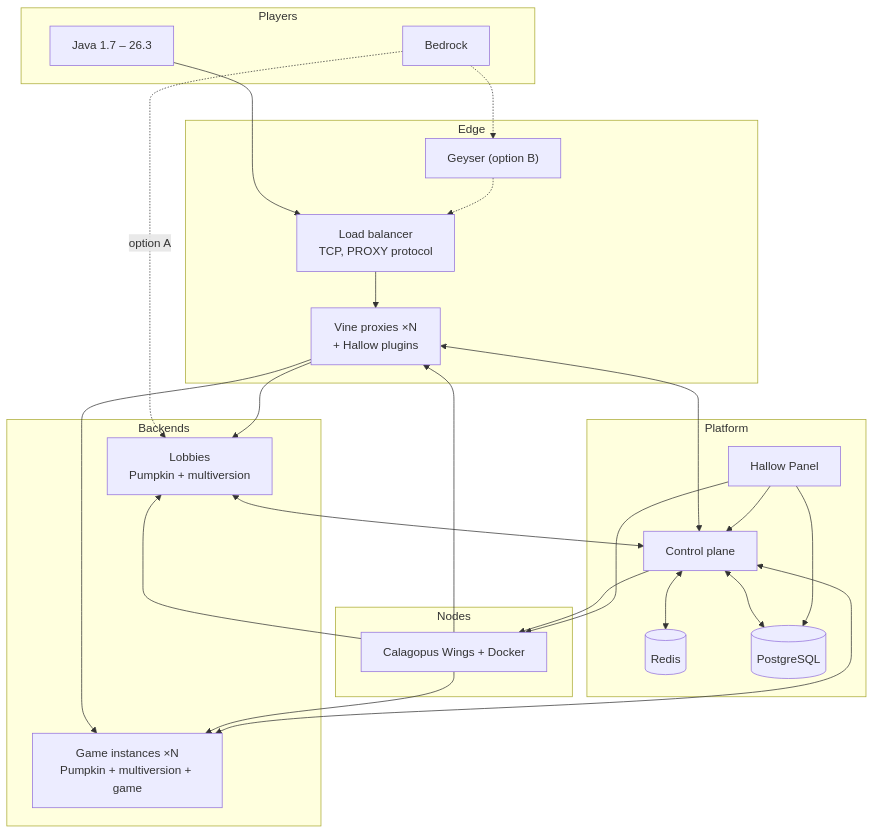
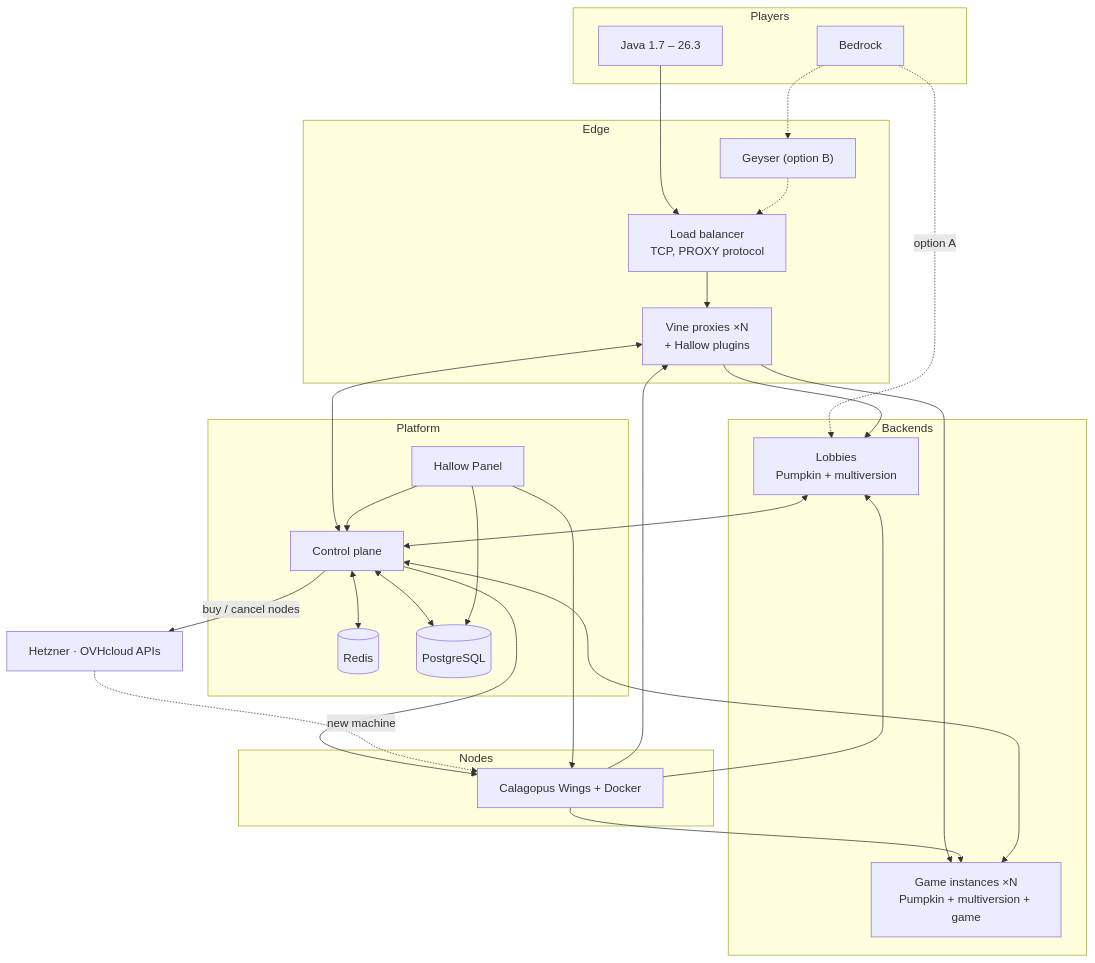
Before and after one commit to xena-studios/hallow: the diagram in docs/ARCHITECTURE.md, drawn with Mermaid. The commit also changed other lines of this file and 9 other files, not shown here.

````diff
--- a/docs/ARCHITECTURE.md
+++ b/docs/ARCHITECTURE.md
@@ -5,35 +5,38 @@
 ```mermaid
 flowchart TB
     subgraph Players
         java["Java 1.7 – 26.3"]
         bedrock["Bedrock"]
     end
     subgraph Edge
         lb["Load balancer<br/>TCP, PROXY protocol"]
         geyser["Geyser (option B)"]
         vine["Vine proxies ×N<br/>+ Hallow plugins"]
     end
     subgraph Backends
         lobby["Lobbies<br/>Pumpkin + multiversion"]
         games["Game instances ×N<br/>Pumpkin + multiversion + game"]
     end
     subgraph Platform
         cp["Control plane"]
         redis[("Redis")]
         pg[("PostgreSQL")]
         panel["Hallow Panel"]
     end
     subgraph Nodes
         wings["Calagopus Wings + Docker"]
     end
+    providers["Hetzner · OVHcloud APIs"]
     java --> lb --> vine
     bedrock -.-> geyser -.-> lb
     bedrock -. "option A" .-> lobby
     vine --> lobby & games
     vine <--> cp
     lobby & games <--> cp
     cp <--> redis & pg
     cp --> wings
+    cp -- "buy / cancel nodes" --> providers
+    providers -. "new machine" .-> wings
     panel --> cp & wings & pg
     wings --> vine & lobby & games
 ```
````
